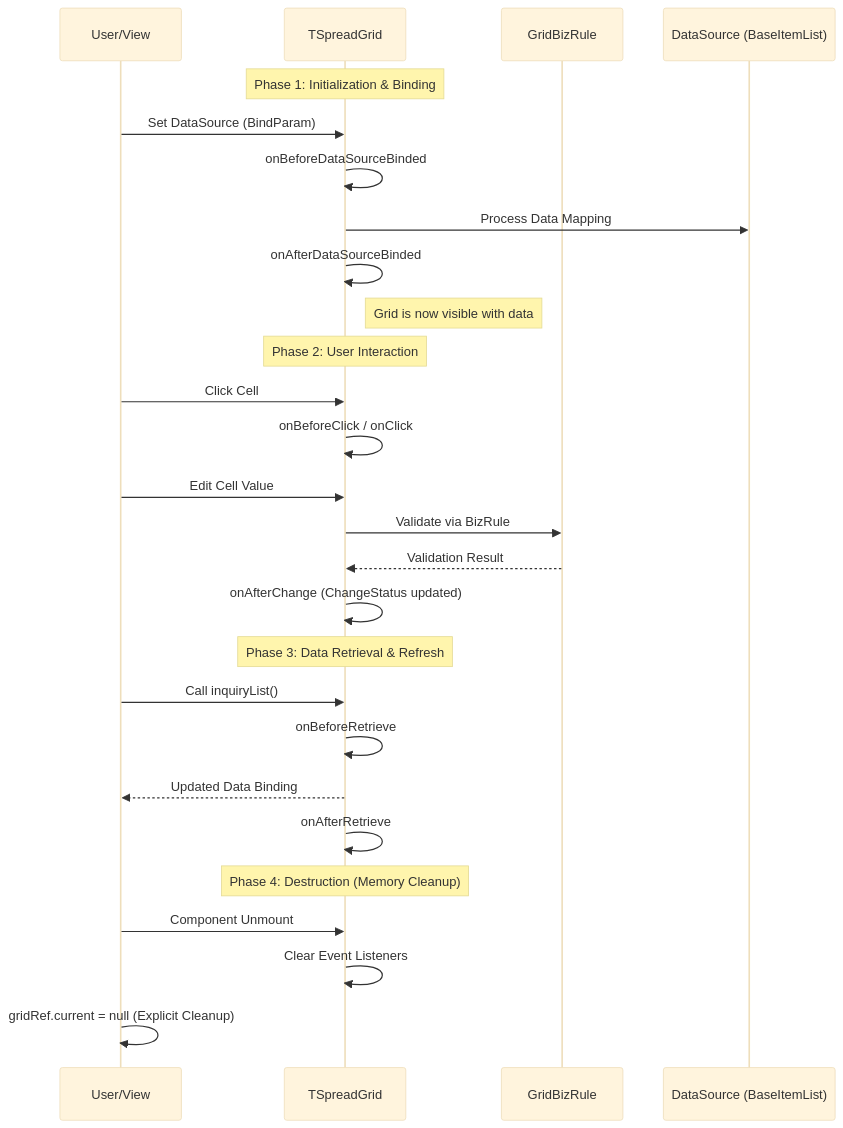
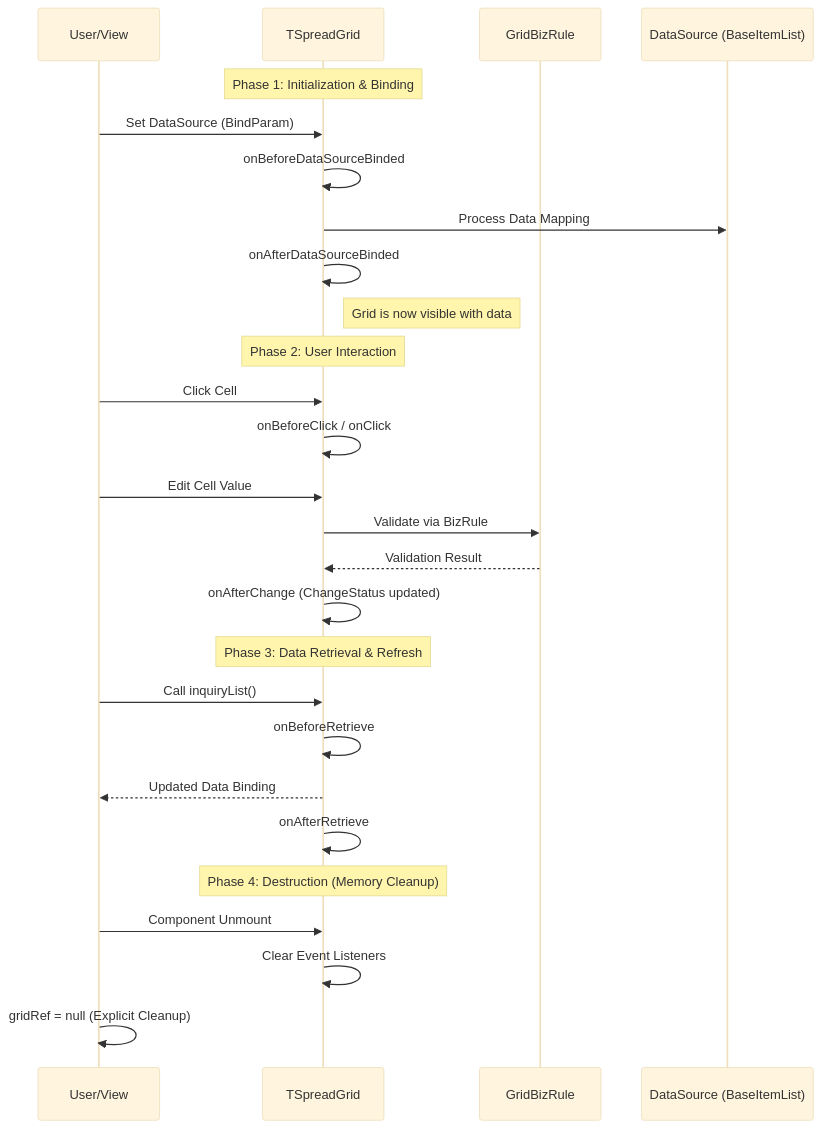
The second of 4 diagrams in README.md (dracial6/fontos-frontend-guide-asset), drawn with Mermaid (base theme) before and after one commit.

Commit message:
Cleanup 구문 수정

````diff
--- a/README.md
+++ b/README.md
@@ -3528,33 +3528,33 @@
 ```mermaid
 sequenceDiagram
     participant U as User/View
     participant G as TSpreadGrid
     participant B as GridBizRule
     participant D as DataSource (BaseItemList)
 
     Note over G: Phase 1: Initialization & Binding
     U->>G: Set DataSource (BindParam)
     G->>G: onBeforeDataSourceBinded
     G->>D: Process Data Mapping
     G->>G: onAfterDataSourceBinded
     Note right of G: Grid is now visible with data
 
     Note over G: Phase 2: User Interaction
     U->>G: Click Cell
     G->>G: onBeforeClick / onClick
     U->>G: Edit Cell Value
     G->>B: Validate via BizRule
     B-->>G: Validation Result
     G->>G: onAfterChange (ChangeStatus updated)
 
     Note over G: Phase 3: Data Retrieval & Refresh
     U->>G: Call inquiryList()
     G->>G: onBeforeRetrieve
     G-->>U: Updated Data Binding
     G->>G: onAfterRetrieve
 
     Note over G: Phase 4: Destruction (Memory Cleanup)
     U->>G: Component Unmount
     G->>G: Clear Event Listeners
-    U->>U: gridRef.current = null (Explicit Cleanup)
+    U->>U: gridRef = null (Explicit Cleanup)
 ```
````
